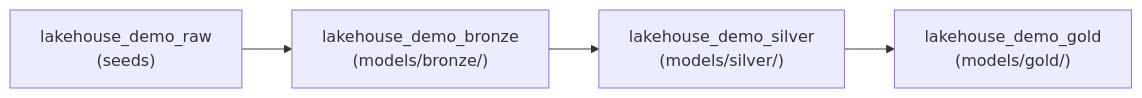
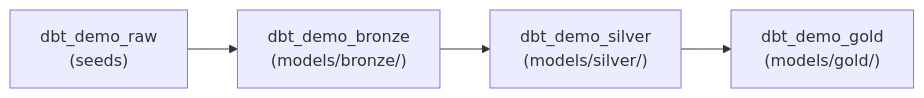
One commit to aseelert/ibmas-watsonxdata-dbt changed the second of 2 diagrams in docs/files.md. Above: the diagram before and after it, drawn with Mermaid. The commit also changed other lines of this file and 32 other files, not shown here.

First line of the commit message:
refactor(storage): self-documenting schema names, uniform bucket-root layout

````diff
--- a/docs/files.md
+++ b/docs/files.md
@@ -150,9 +150,9 @@
 ```mermaid
 flowchart LR
-    R["lakehouse_demo_raw\n(seeds)"]
-    B["lakehouse_demo_bronze\n(models/bronze/)"]
-    S["lakehouse_demo_silver\n(models/silver/)"]
-    G["lakehouse_demo_gold\n(models/gold/)"]
+    R["dbt_demo_raw\n(seeds)"]
+    B["dbt_demo_bronze\n(models/bronze/)"]
+    S["dbt_demo_silver\n(models/silver/)"]
+    G["dbt_demo_gold\n(models/gold/)"]
 
     R --> B --> S --> G
 ```
````
